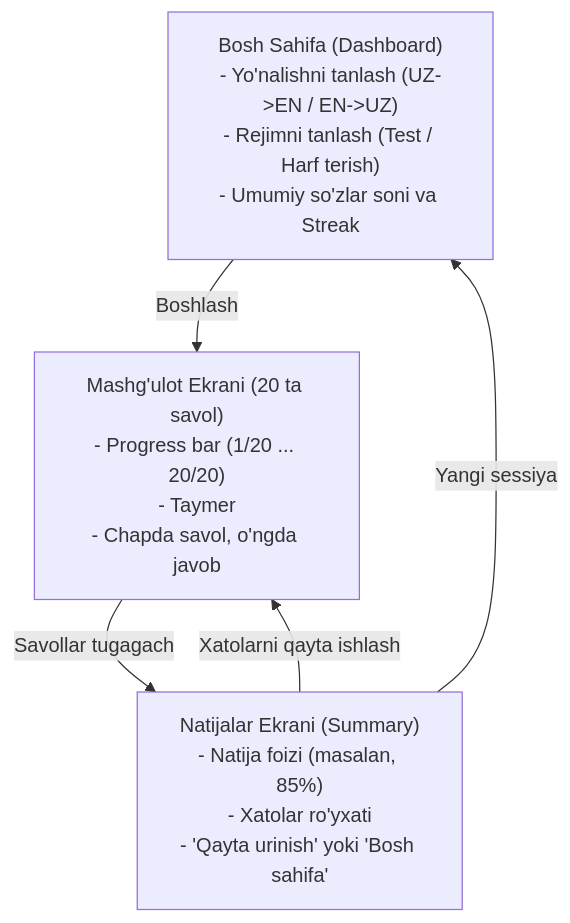
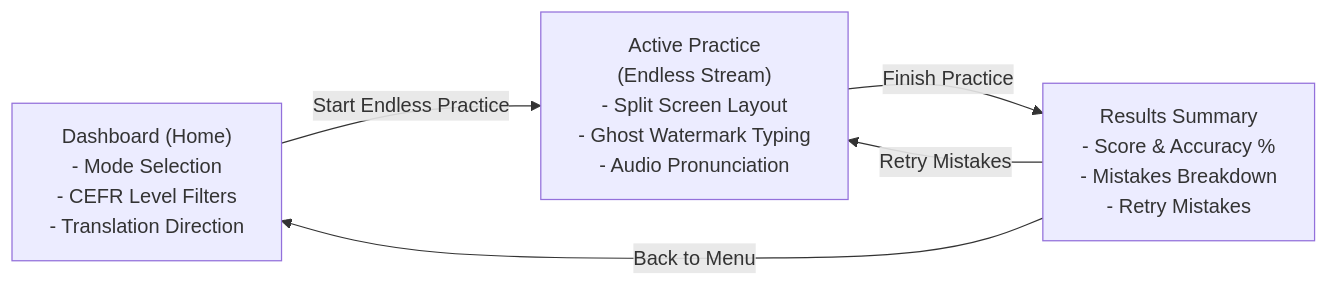
One commit to muzaffarbekmustafayev/english-lab changed the diagram in documents/05_ui_ux_flow.md. Above: the diagram before and after it, drawn with Mermaid. The commit also changed other lines of this file and 7 other files, not shown here.

````diff
--- a/documents/05_ui_ux_flow.md
+++ b/documents/05_ui_ux_flow.md
@@ -5,11 +5,13 @@
 ```mermaid
-flowchart TD
-    Home["Bosh Sahifa (Dashboard)\n- Yo'nalishni tanlash (UZ->EN / EN->UZ)\n- Rejimni tanlash (Test / Harf terish)\n- Umumiy so'zlar soni va Streak"] 
+flowchart LR
+    Dashboard["Dashboard (Home)\n- Mode Selection\n- CEFR Level Filters\n- Translation Direction"]
     
-    Home -->|Boshlash| Session["Mashg'ulot Ekrani (20 ta savol)\n- Progress bar (1/20 ... 20/20)\n- Taymer\n- Chapda savol, o'ngda javob"]
+    Session["Active Practice\n(Endless Stream)\n- Split Screen Layout\n- Ghost Watermark Typing\n- Audio Pronunciation"]
     
-    Session -->|Savollar tugagach| Results["Natijalar Ekrani (Summary)\n- Natija foizi (masalan, 85%)\n- Xatolar ro'yxati\n- 'Qayta urinish' yoki 'Bosh sahifa'"]
+    Results["Results Summary\n- Score & Accuracy %\n- Mistakes Breakdown\n- Retry Mistakes"]
 
-    Results -->|Xatolarni qayta ishlash| Session
-    Results -->|Yangi sessiya| Home
+    Dashboard -->|Start Endless Practice| Session
+    Session -->|Finish Practice| Results
+    Results -->|Retry Mistakes| Session
+    Results -->|Back to Menu| Dashboard
 ```
````
